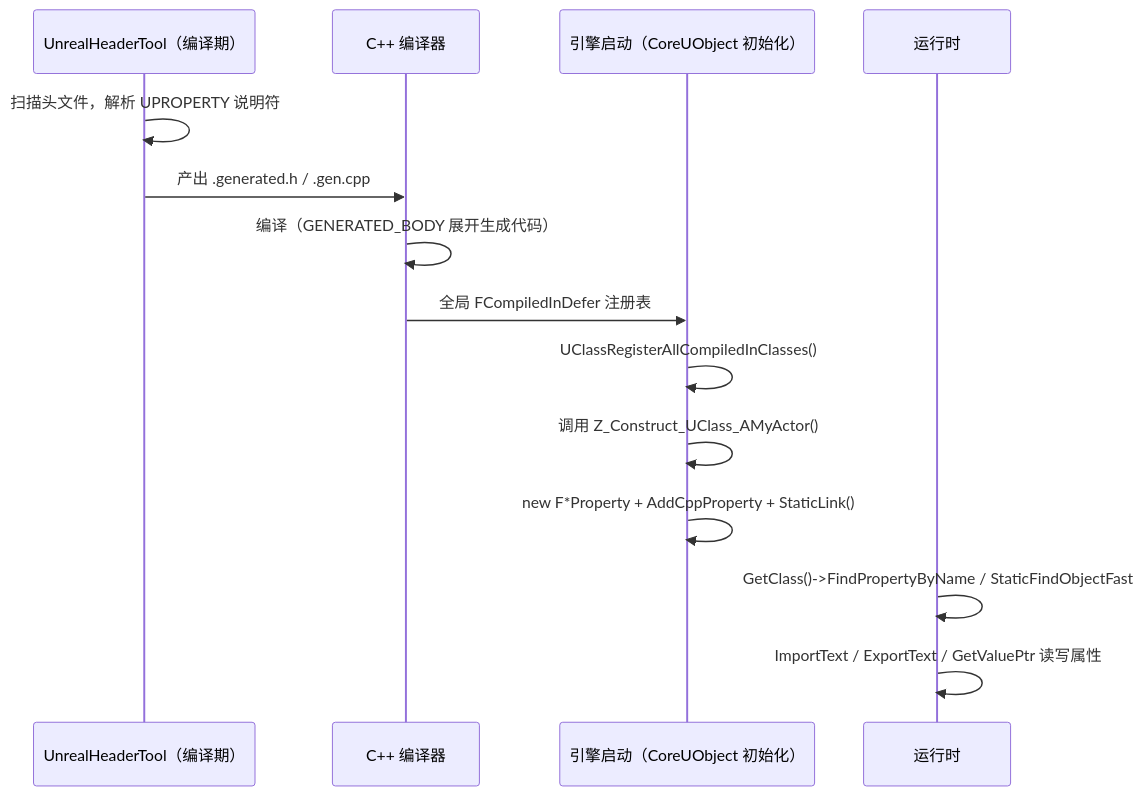
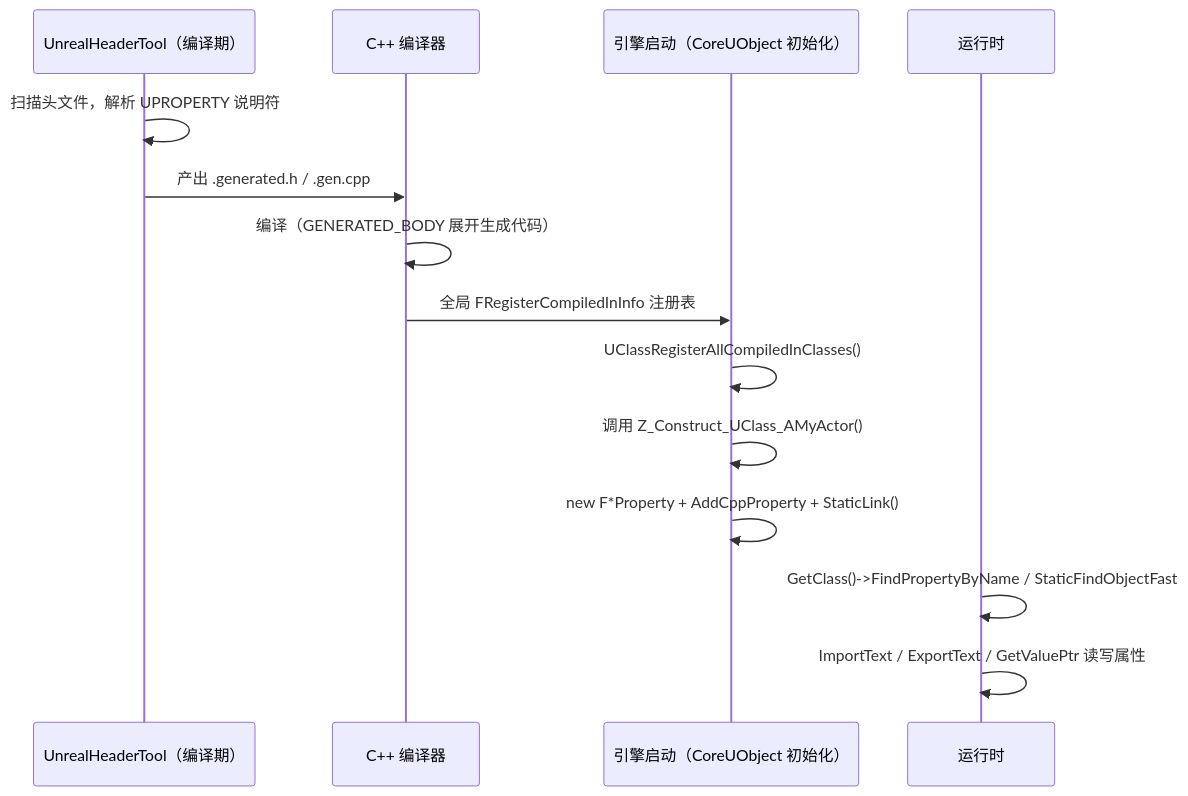
Before and after one commit to fantuan812/learning: the third of 3 diagrams in 游戏知识/12-引擎源码分析/01-UPROPERTY与反射系统源码.md, drawn with Mermaid. The commit also changed other lines of this file and 17 other files, not shown here.

````diff
--- a/游戏知识/12-引擎源码分析/01-UPROPERTY与反射系统源码.md
+++ b/游戏知识/12-引擎源码分析/01-UPROPERTY与反射系统源码.md
@@ -511,17 +513,17 @@
 ```mermaid
 sequenceDiagram
     participant UHT as UnrealHeaderTool（编译期）
     participant CPP as C++ 编译器
     participant BOOT as 引擎启动（CoreUObject 初始化）
     participant RT as 运行时
 
     UHT->>UHT: 扫描头文件，解析 UPROPERTY 说明符
     UHT->>CPP: 产出 .generated.h / .gen.cpp
     CPP->>CPP: 编译（GENERATED_BODY 展开生成代码）
-    CPP->>BOOT: 全局 FCompiledInDefer 注册表
+    CPP->>BOOT: 全局 FRegisterCompiledInInfo 注册表
     BOOT->>BOOT: UClassRegisterAllCompiledInClasses()
     BOOT->>BOOT: 调用 Z_Construct_UClass_AMyActor()
     BOOT->>BOOT: new F*Property + AddCppProperty + StaticLink()
     RT->>RT: GetClass()->FindPropertyByName / StaticFindObjectFast
     RT->>RT: ImportText / ExportText / GetValuePtr 读写属性
 ```
````
